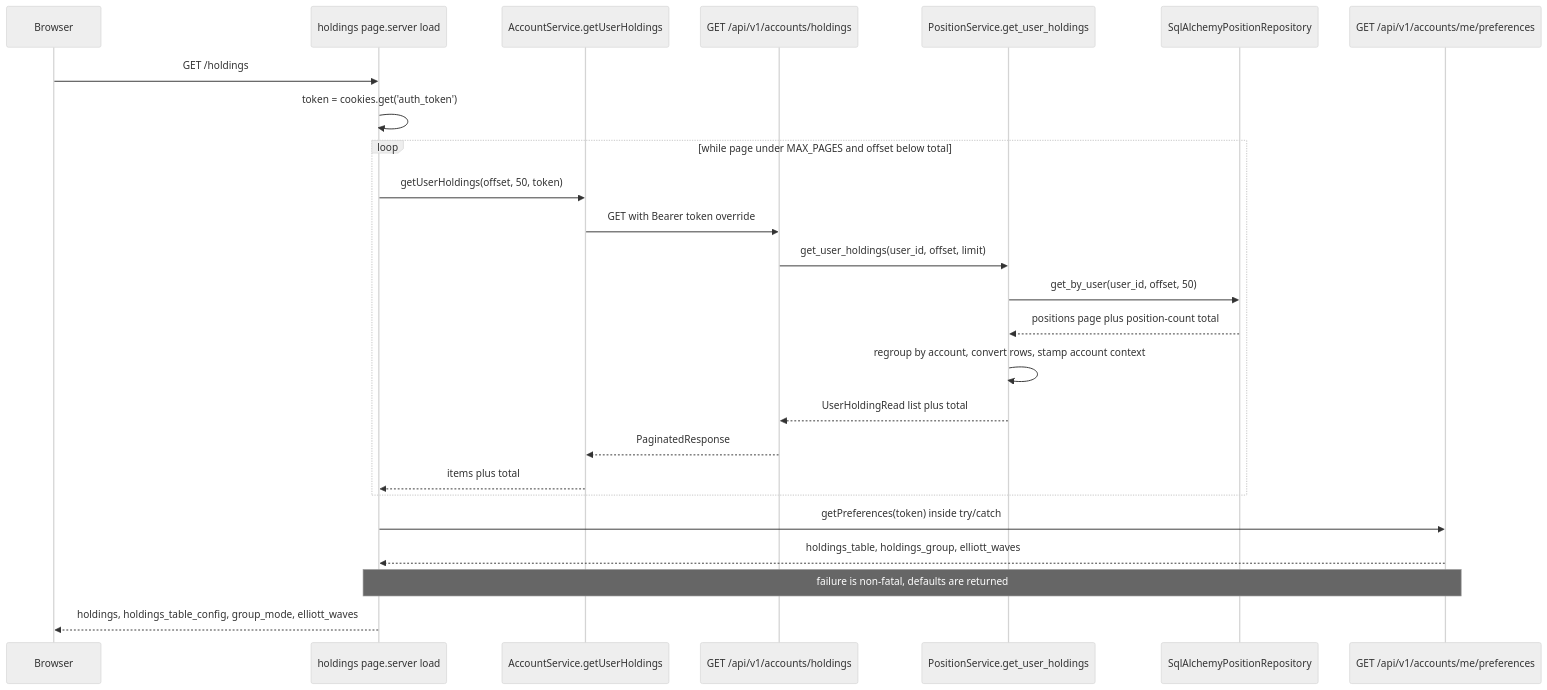
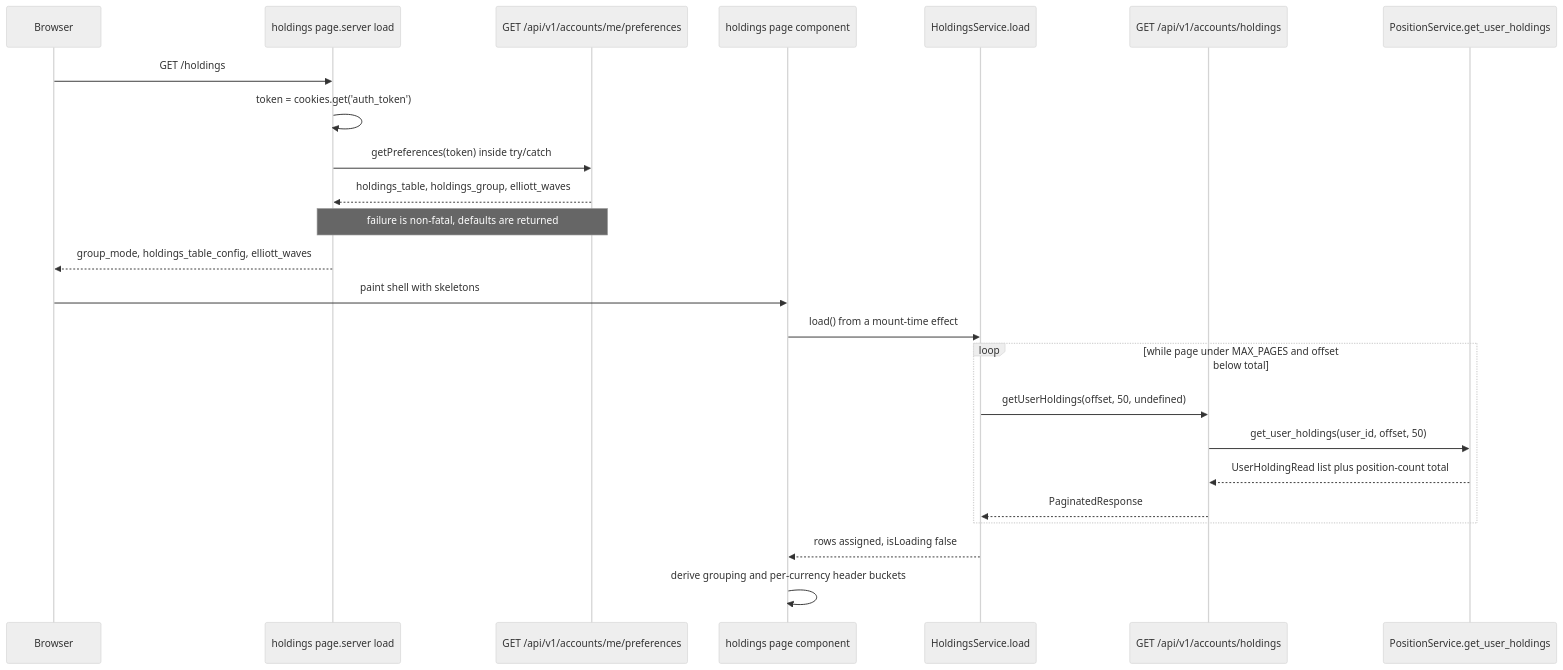
Before and after one commit to havekes/retail-portfolio: the first of 2 diagrams in openwiki/workflows/accounts-and-holdings-views.md, drawn with Mermaid (neutral theme). The commit also changed other lines of this file and 32 other files, not shown here.

````diff
--- a/openwiki/workflows/accounts-and-holdings-views.md
+++ b/openwiki/workflows/accounts-and-holdings-views.md
@@ -223,28 +266,27 @@
 ```mermaid
 sequenceDiagram
     participant Browser
     participant Load as holdings page.server load
-    participant Svc as AccountService.getUserHoldings
+    participant Prefs as GET /api/v1/accounts/me/preferences
+    participant Page as holdings page component
+    participant Svc as HoldingsService.load
     participant API as GET /api/v1/accounts/holdings
-    participant Svc2 as PositionService.get_user_holdings
-    participant Repo as SqlAlchemyPositionRepository
-    participant Prefs as GET /api/v1/accounts/me/preferences
+    participant Backend as PositionService.get_user_holdings
 
     Browser->>Load: GET /holdings
     Load->>Load: token = cookies.get('auth_token')
-    loop while page under MAX_PAGES and offset below total
-        Load->>Svc: getUserHoldings(offset, 50, token)
-        Svc->>API: GET with Bearer token override
-        API->>Svc2: get_user_holdings(user_id, offset, limit)
-        Svc2->>Repo: get_by_user(user_id, offset, 50)
-        Repo-->>Svc2: positions page plus position-count total
-        Svc2->>Svc2: regroup by account, convert rows, stamp account context
-        Svc2-->>API: UserHoldingRead list plus total
-        API-->>Svc: PaginatedResponse
-        Svc-->>Load: items plus total
-    end
     Load->>Prefs: getPreferences(token) inside try/catch
     Prefs-->>Load: holdings_table, holdings_group, elliott_waves
     Note over Load,Prefs: failure is non-fatal, defaults are returned
-    Load-->>Browser: holdings, holdings_table_config, group_mode, elliott_waves
+    Load-->>Browser: group_mode, holdings_table_config, elliott_waves
+    Browser->>Page: paint shell with skeletons
+    Page->>Svc: load() from a mount-time effect
+    loop while page under MAX_PAGES and offset below total
+        Svc->>API: getUserHoldings(offset, 50, undefined)
+        API->>Backend: get_user_holdings(user_id, offset, 50)
+        Backend-->>API: UserHoldingRead list plus position-count total
+        API-->>Svc: PaginatedResponse
+    end
+    Svc-->>Page: rows assigned, isLoading false
+    Page->>Page: derive grouping and per-currency header buckets
 ```
````
